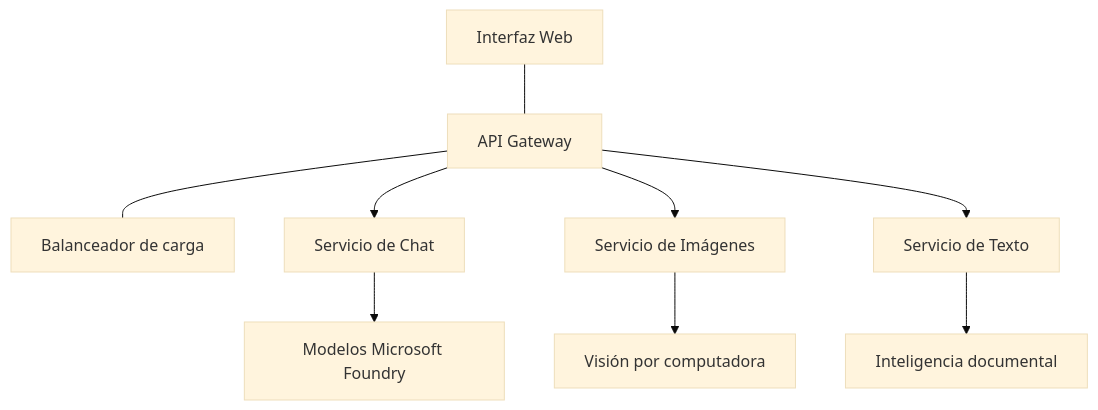
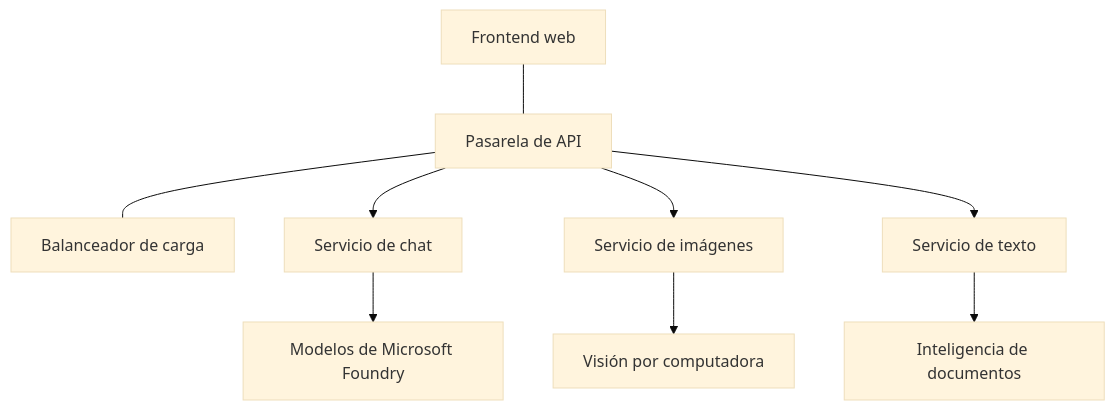
The diagram in translations/es/docs/chapter-08-production/production-ai-practices.md (microsoft/AZD-for-beginners), drawn with Mermaid (base theme) before and after one commit. The commit also changed other lines of this file and 99 other files, not shown here.

````diff
--- a/translations/es/docs/chapter-08-production/production-ai-practices.md
+++ b/translations/es/docs/chapter-08-production/production-ai-practices.md
@@ -30,10 +30,10 @@
 ```mermaid
 graph TD
-    Frontend[Interfaz Web] --- Gateway[API Gateway] --- LB[Balanceador de carga]
-    Gateway --> Chat[Servicio de Chat]
-    Gateway --> Image[Servicio de Imágenes]
-    Gateway --> Text[Servicio de Texto]
-    Chat --> OpenAI[Modelos Microsoft Foundry]
+    Frontend[Frontend web] --- Gateway[Pasarela de API] --- LB[Balanceador de carga]
+    Gateway --> Chat[Servicio de chat]
+    Gateway --> Image[Servicio de imágenes]
+    Gateway --> Text[Servicio de texto]
+    Chat --> OpenAI[Modelos de Microsoft Foundry]
     Image --> Vision[Visión por computadora]
-    Text --> DocIntel[Inteligencia documental]
+    Text --> DocIntel[Inteligencia de documentos]
 ```
````
